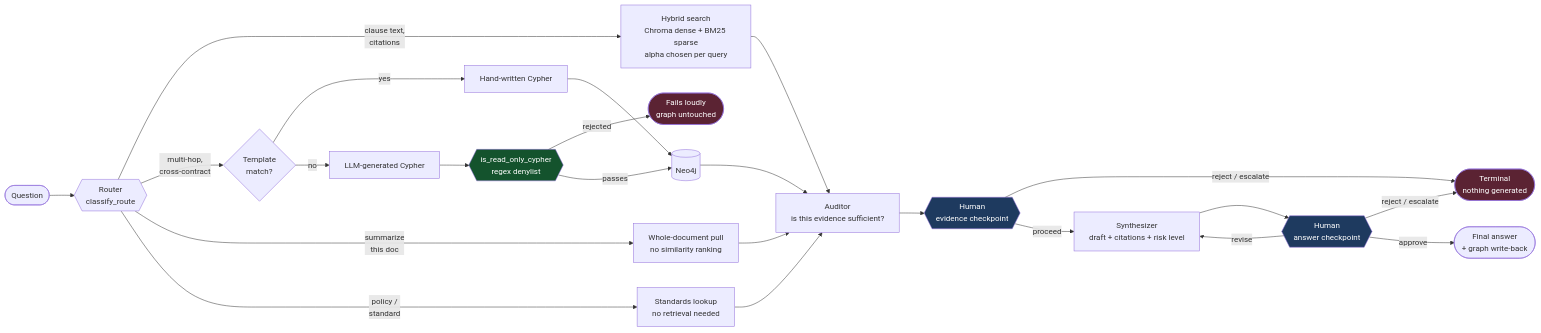
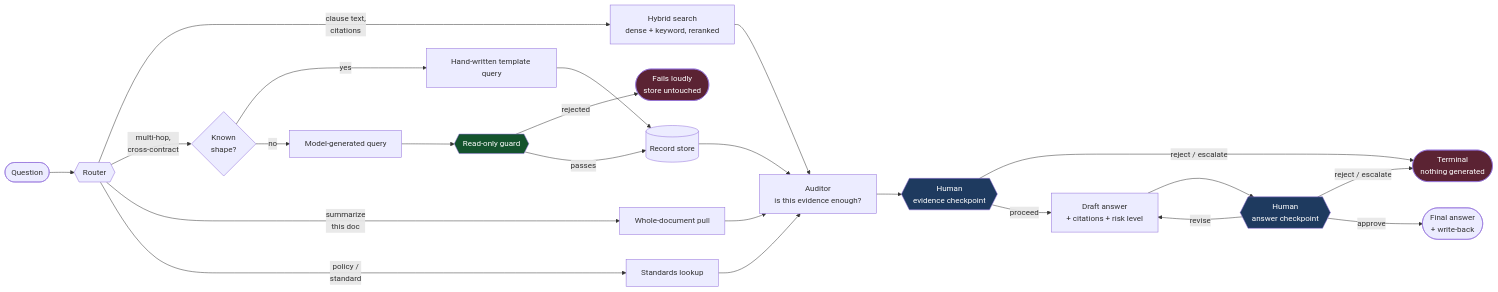
The third of 7 diagrams in README.md (muskaangaur06/counselgraph), drawn with Mermaid before and after one commit. The commit also changed other lines of this file, not shown here.

````diff
--- a/README.md
+++ b/README.md
@@ -118,35 +106,35 @@
 ```mermaid
 flowchart LR
-    Q(["Question"]) --> R{{"Router<br/>classify_route"}}
+    Q(["Question"]) --> R{{"Router"}}
 
-    R -->|"clause text,<br/>citations"| H["Hybrid search<br/>Chroma dense + BM25 sparse<br/>alpha chosen per query"]
-    R -->|"multi-hop,<br/>cross-contract"| G{"Template<br/>match?"}
-    R -->|"summarize<br/>this doc"| W["Whole-document pull<br/>no similarity ranking"]
-    R -->|"policy /<br/>standard"| S["Standards lookup<br/>no retrieval needed"]
+    R -->|"clause text,<br/>citations"| H["Hybrid search<br/>dense + keyword, reranked"]
+    R -->|"multi-hop,<br/>cross-contract"| G{"Known<br/>shape?"}
+    R -->|"summarize<br/>this doc"| W["Whole-document pull"]
+    R -->|"policy /<br/>standard"| S["Standards lookup"]
 
-    G -->|yes| GT["Hand-written Cypher"]
-    G -->|no| GG["LLM-generated Cypher"]
-    GG --> GUARD{{"is_read_only_cypher<br/>regex denylist"}}
-    GUARD -->|"rejected"| FAIL(["Fails loudly<br/>graph untouched"])
-    GUARD -->|"passes"| NEO[("Neo4j")]
+    G -->|yes| GT["Hand-written template query"]
+    G -->|no| GG["Model-generated query"]
+    GG --> GUARD{{"Read-only guard"}}
+    GUARD -->|"rejected"| FAIL(["Fails loudly<br/>store untouched"])
+    GUARD -->|"passes"| NEO[("Record store")]
     GT --> NEO
 
     H --> AUD
     NEO --> AUD
     W --> AUD
     S --> AUD
 
-    AUD["Auditor<br/>is this evidence sufficient?"] --> CP1{{"Human<br/>evidence checkpoint"}}
+    AUD["Auditor<br/>is this evidence enough?"] --> CP1{{"Human<br/>evidence checkpoint"}}
     CP1 -->|"reject / escalate"| STOP(["Terminal<br/>nothing generated"])
-    CP1 -->|"proceed"| SYN["Synthesizer<br/>draft + citations + risk level"]
+    CP1 -->|"proceed"| SYN["Draft answer<br/>+ citations + risk level"]
     SYN --> CP2{{"Human<br/>answer checkpoint"}}
     CP2 -->|"revise"| SYN
     CP2 -->|"reject / escalate"| STOP
-    CP2 -->|"approve"| FIN(["Final answer<br/>+ graph write-back"])
+    CP2 -->|"approve"| FIN(["Final answer<br/>+ write-back"])
 
     style GUARD fill:#14532d,color:#ffffff
     style CP1 fill:#1e3a5f,color:#ffffff
     style CP2 fill:#1e3a5f,color:#ffffff
     style FAIL fill:#5b2333,color:#ffffff
     style STOP fill:#5b2333,color:#ffffff
 ```
````
